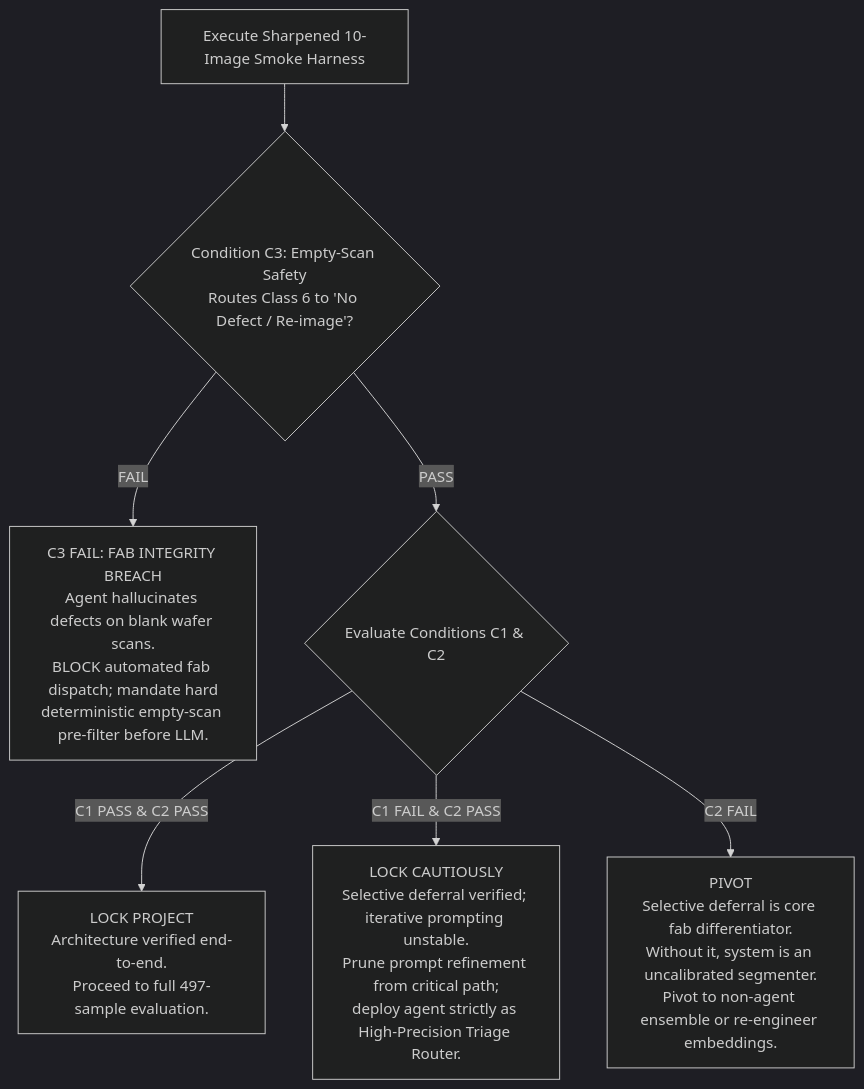
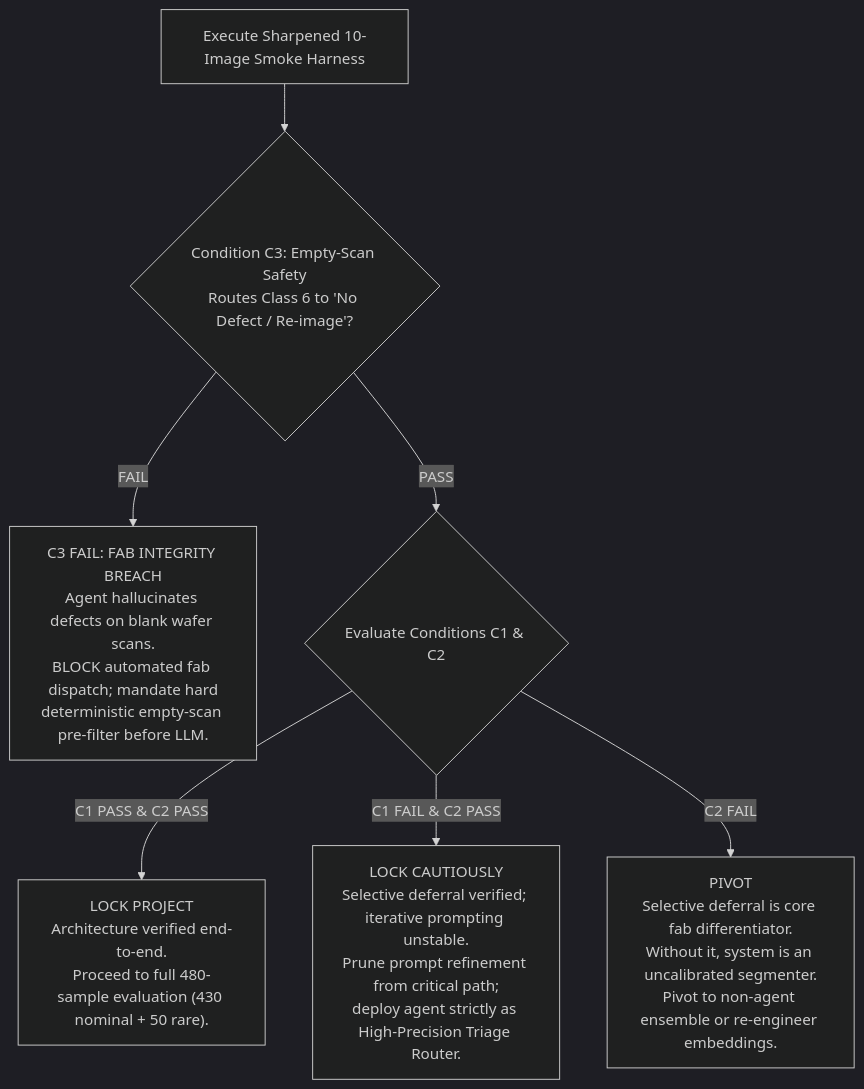
One commit to dptel22/sem-triage-agent changed the diagram in docs/sharpened_test_protocol.md. Above: the diagram before and after it, drawn with Mermaid (dark theme). The commit also changed other lines of this file and 23 other files, not shown here.

````diff
--- a/docs/sharpened_test_protocol.md
+++ b/docs/sharpened_test_protocol.md
@@ -81,12 +81,12 @@
 ```mermaid
 flowchart TD
     Run["Execute Sharpened 10-Image Smoke Harness"] --> C3Check{"Condition C3: Empty-Scan Safety<br/>Routes Class 6 to 'No Defect / Re-image'?"}
     
     C3Check -->|FAIL| C3Fail["C3 FAIL: FAB INTEGRITY BREACH<br/>Agent hallucinates defects on blank wafer scans.<br/>BLOCK automated fab dispatch; mandate hard<br/>deterministic empty-scan pre-filter before LLM."]
     
     C3Check -->|PASS| CoreCheck{"Evaluate Conditions C1 & C2"}
     
-    CoreCheck -->|C1 PASS & C2 PASS| Lock["LOCK PROJECT<br/>Architecture verified end-to-end.<br/>Proceed to full 497-sample evaluation."]
+    CoreCheck -->|C1 PASS & C2 PASS| Lock["LOCK PROJECT<br/>Architecture verified end-to-end.<br/>Proceed to full 480-sample evaluation (430 nominal + 50 rare)."]
     CoreCheck -->|C1 FAIL & C2 PASS| LockCautious["LOCK CAUTIOUSLY<br/>Selective deferral verified; iterative prompting unstable.<br/>Prune prompt refinement from critical path;<br/>deploy agent strictly as High-Precision Triage Router."]
     CoreCheck -->|C2 FAIL| Pivot["PIVOT<br/>Selective deferral is core fab differentiator.<br/>Without it, system is an uncalibrated segmenter.<br/>Pivot to non-agent ensemble or re-engineer embeddings."]
 ```
````
